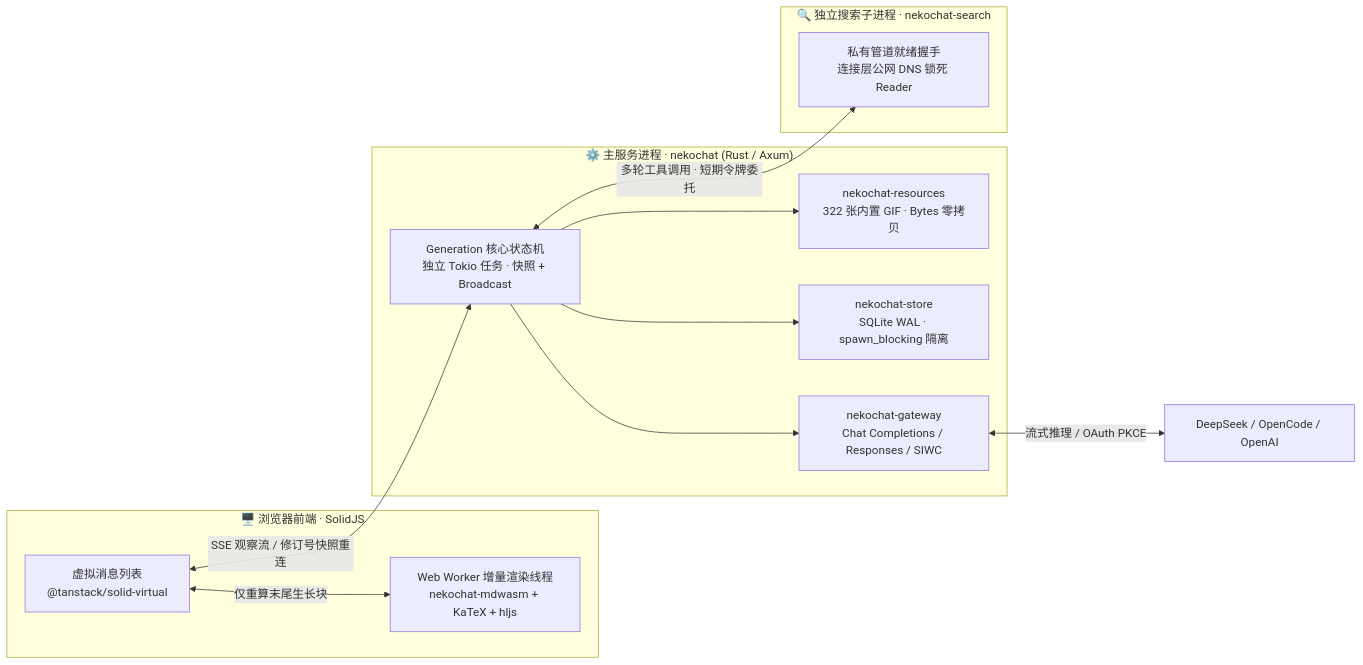
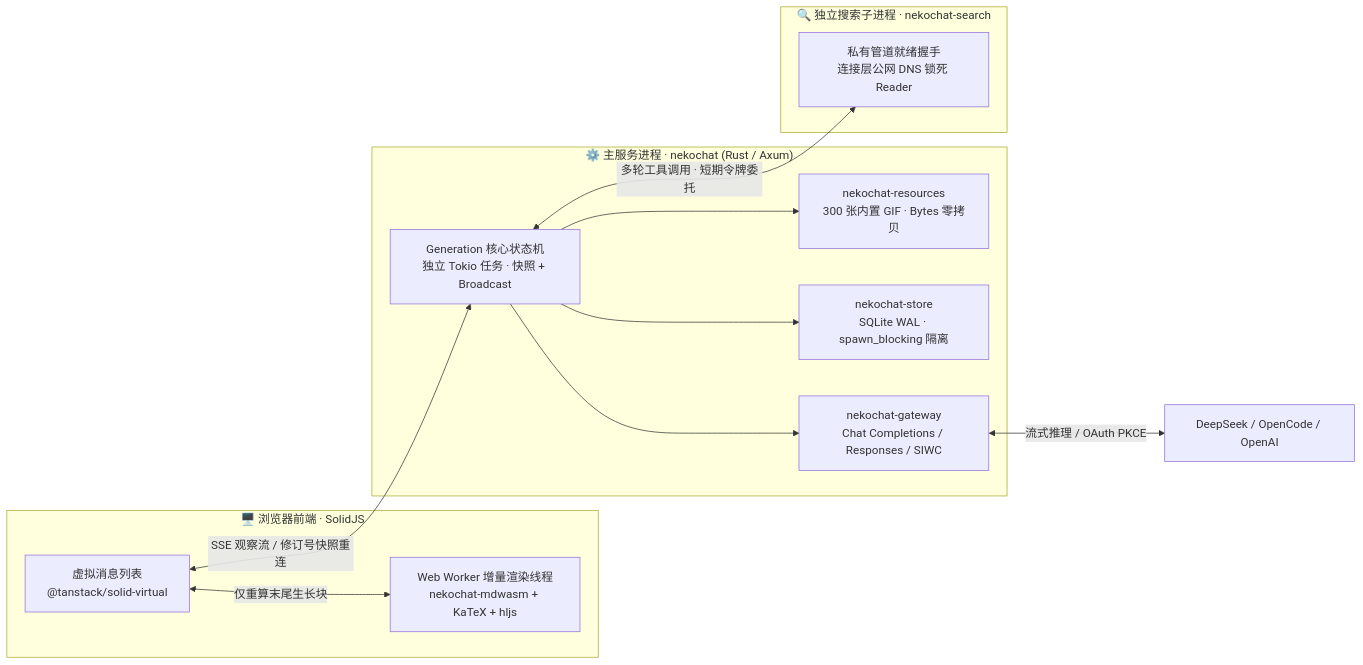
The diagram in README.md (xyt-dev/nekochat), drawn with Mermaid before and after one commit. The commit also changed other lines of this file and 48 other files, not shown here.

Commit message:
feat: make palettes component scoped and showcase graphics

````diff
--- a/README.md
+++ b/README.md
@@ -78,26 +97,26 @@
 ```mermaid
 flowchart LR
   subgraph Browser["🖥️ 浏览器前端 · SolidJS"]
     UI["虚拟消息列表<br/>@tanstack/solid-virtual"]
     Worker["Web Worker 增量渲染线程<br/>nekochat-mdwasm + KaTeX + hljs"]
     UI <-->|"仅重算末尾生长块"| Worker
   end
 
   subgraph Server["⚙️ 主服务进程 · nekochat (Rust / Axum)"]
     Gen["Generation 核心状态机<br/>独立 Tokio 任务 · 快照 + Broadcast"]
-    Res["nekochat-resources<br/>322 张内置 GIF · Bytes 零拷贝"]
+    Res["nekochat-resources<br/>300 张内置 GIF · Bytes 零拷贝"]
     Store["nekochat-store<br/>SQLite WAL · spawn_blocking 隔离"]
     Gw["nekochat-gateway<br/>Chat Completions / Responses / SIWC"]
     Gen --> Res
     Gen --> Store
     Gen --> Gw
   end
 
   subgraph Search["🔍 独立搜索子进程 · nekochat-search"]
     SProc["私有管道就绪握手<br/>连接层公网 DNS 锁死 Reader"]
   end
 
   UI <-->|"SSE 观察流 / 修订号快照重连"| Gen
   Gen <-->|"多轮工具调用 · 短期令牌委托"| SProc
   Gw <-->|"流式推理 / OAuth PKCE"| Upstream["DeepSeek / OpenCode / OpenAI"]
 ```
````
